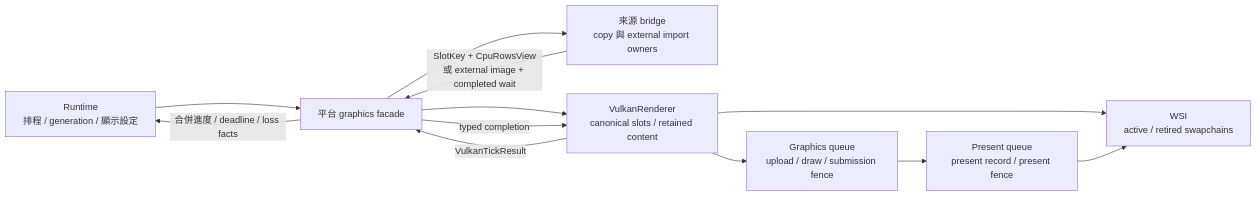
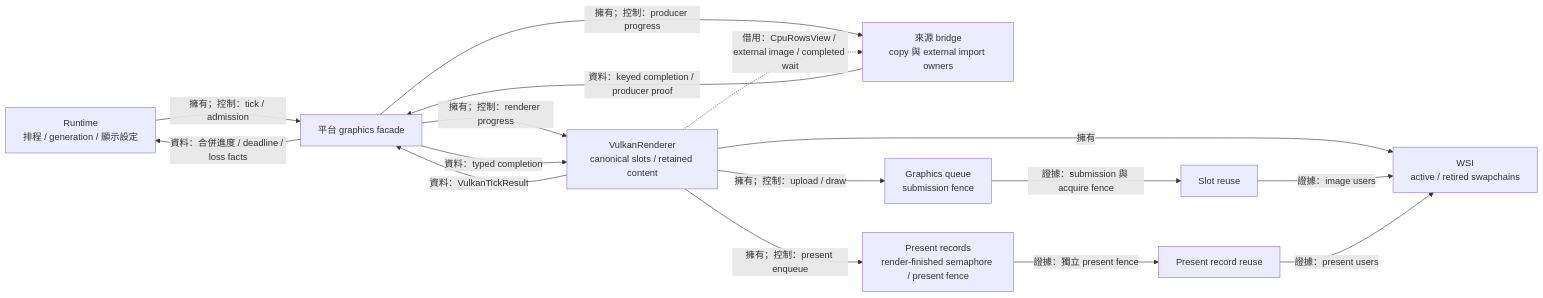
The first of 8 diagrams in docs/architecture/shared-vulkan-renderer.md (Mes0903/avb0795), drawn with Mermaid before and after one commit. The commit also changed other lines of this file and 156 other files, not shown here.

````diff
--- a/docs/architecture/shared-vulkan-renderer.md
+++ b/docs/architecture/shared-vulkan-renderer.md
@@ -3,14 +3,18 @@
 ```mermaid
 flowchart LR
-  R[Runtime<br/>排程 / generation / 顯示設定] --> F[平台 graphics facade]
-  F --> B[來源 bridge<br/>copy 與 external import owners]
-  F --> V[VulkanRenderer<br/>canonical slots / retained content]
-  B -->|SlotKey + CpuRowsView<br/>或 external image + completed wait| F
-  F -->|typed completion| V
-  V --> Q[Graphics queue<br/>upload / draw / submission fence]
-  Q --> P[Present queue<br/>present record / present fence]
-  V --> W[WSI<br/>active / retired swapchains]
-  P --> W
-  V -->|VulkanTickResult| F
-  F -->|合併進度 / deadline / loss facts| R
+  R[Runtime<br/>排程 / generation / 顯示設定] -->|擁有；控制：tick / admission| F[平台 graphics facade]
+  F -->|擁有；控制：producer progress| B[來源 bridge<br/>copy 與 external import owners]
+  F -->|擁有；控制：renderer progress| V[VulkanRenderer<br/>canonical slots / retained content]
+  B -->|資料：keyed completion / producer proof| F
+  F -->|資料：typed completion| V
+  V -.->|借用：CpuRowsView / external image / completed wait| B
+  V -->|擁有；控制：upload / draw| Q[Graphics queue<br/>submission fence]
+  V -->|擁有；控制：present enqueue| P[Present records<br/>render-finished semaphore / present fence]
+  Q -->|證據：submission 與 acquire fence| Slot[Slot reuse]
+  P -->|證據：獨立 present fence| Reuse[Present record reuse]
+  V -->|擁有| W[WSI<br/>active / retired swapchains]
+  Slot -->|證據：image users| W
+  Reuse -->|證據：present users| W
+  V -->|資料：VulkanTickResult| F
+  F -->|資料：合併進度 / deadline / loss facts| R
 ```
````
